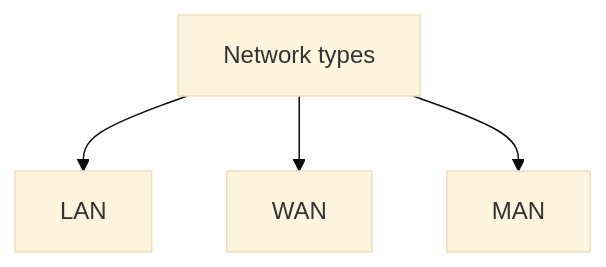
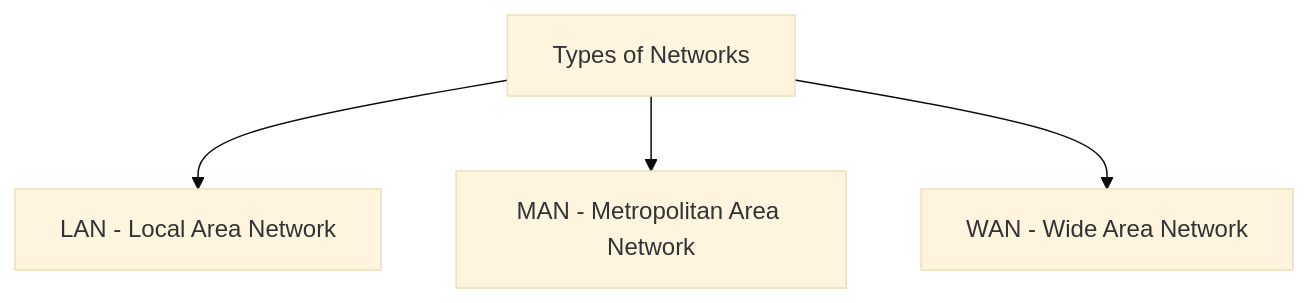
Before and after one commit to aswath0001/Internet-Networking: the second of 9 diagrams in 01.md, drawn with Mermaid (base theme). The commit also changed other lines of this file, not shown here.

````diff
--- a/01.md
+++ b/01.md
@@ -36,8 +70,7 @@
-```mermaid
+``` mermaid
 flowchart TD
-    A[Network types] 
-    
-    A--> D[LAN]
-    A -->E[WAN]
-    A --> F[MAN]
+    A[Types of Networks]
+    A --> B[LAN - Local Area Network]
+    A --> C[MAN - Metropolitan Area Network]
+    A --> D[WAN - Wide Area Network]
 ```
````
